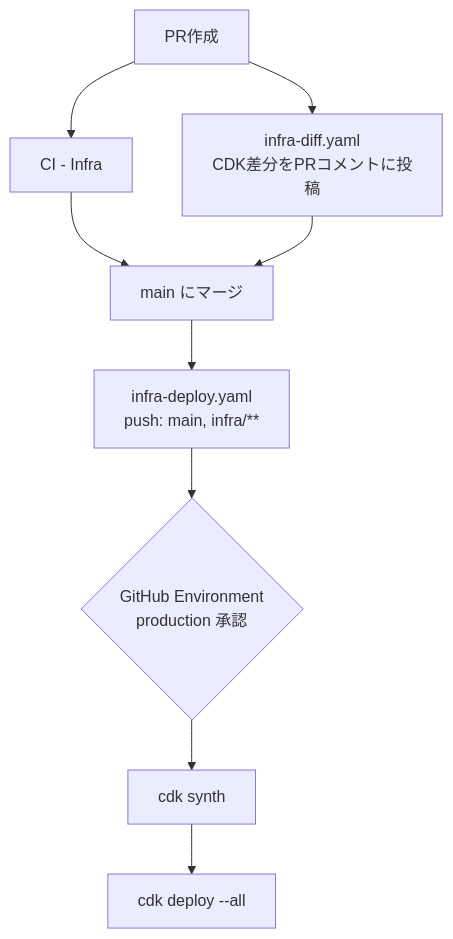
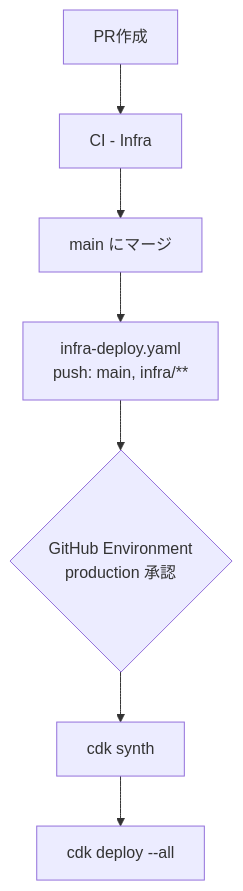
The second of 2 diagrams in docs/deploy.md (kenwoo9y/forge-ts-example), drawn with Mermaid before and after one commit. The commit also changed 3 other files, not shown here.

````diff
--- a/docs/deploy.md
+++ b/docs/deploy.md
@@ -25,11 +25,9 @@
 ```mermaid
 flowchart TD
     PR[PR作成] --> CIInfra[CI - Infra]
-    PR --> InfraDiff["infra-diff.yaml\nCDK差分をPRコメントに投稿"]
     CIInfra --> Merge[main にマージ]
-    InfraDiff --> Merge
     Merge --> InfraDeploy["infra-deploy.yaml\npush: main, infra/**"]
     InfraDeploy --> Approve{GitHub Environment\nproduction 承認}
     Approve --> Synth[cdk synth]
     Synth --> Deploy[cdk deploy --all]
 ```
````
